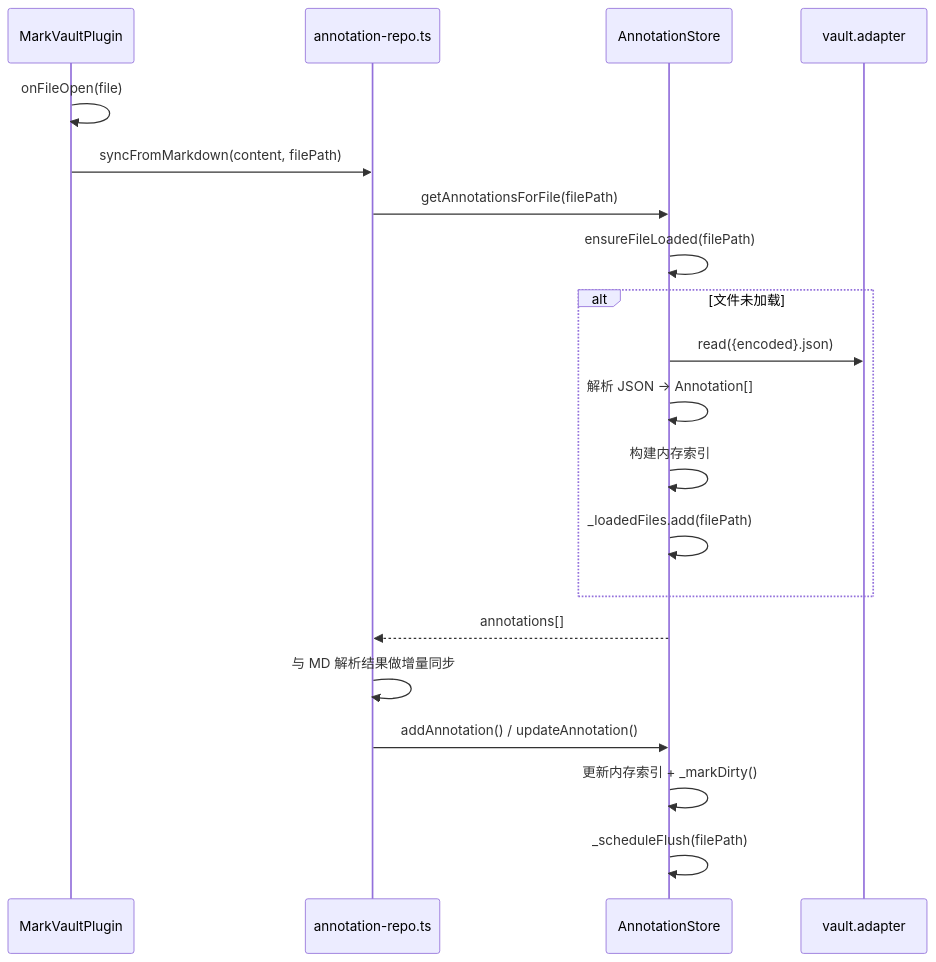
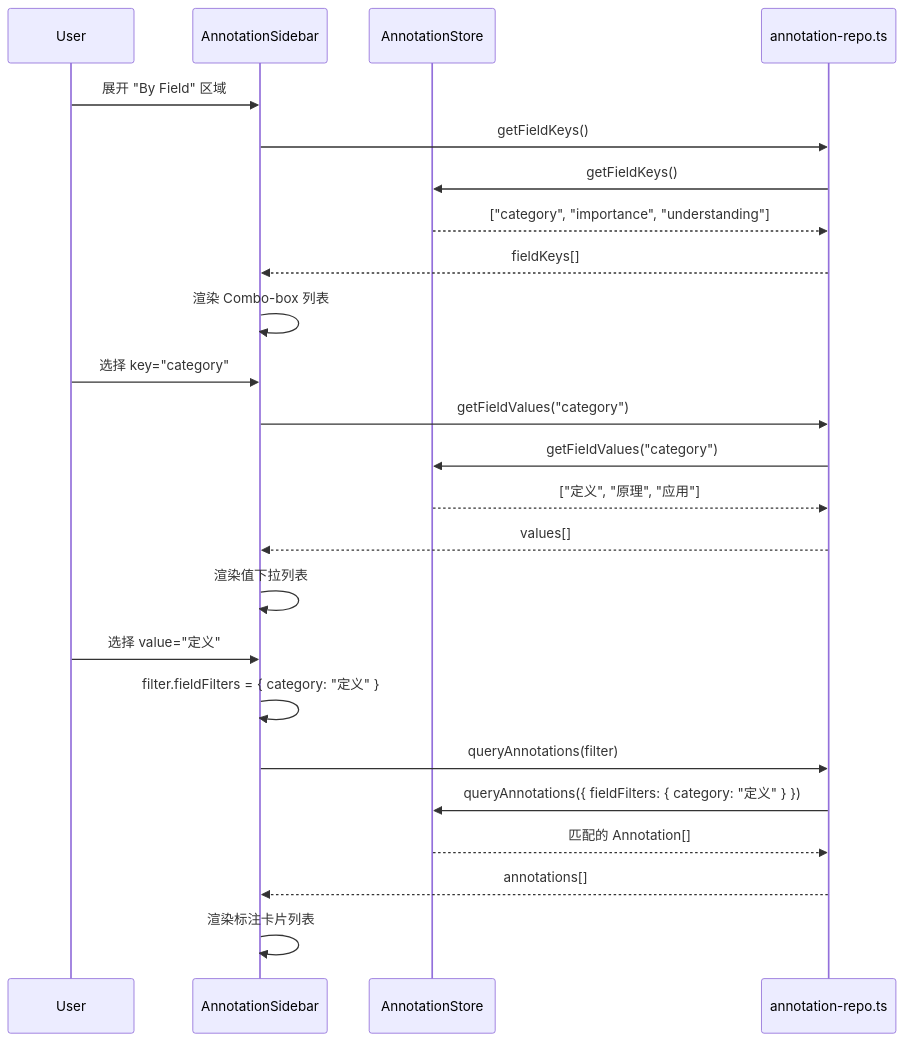
One commit to zc63463-cmyk/obsidian-markvault-js changed the second of 4 diagrams in docs/system_design.md. Above: the diagram before and after it, drawn with Mermaid. The commit also changed other lines of this file and 17 other files, not shown here.

````diff
--- a/docs/system_design.md
+++ b/docs/system_design.md
@@ -577,23 +280,31 @@
 ```mermaid
 sequenceDiagram
-    participant Main as MarkVaultPlugin
+    participant User
+    participant Sidebar as AnnotationSidebar
+    participant Store as AnnotationStore
     participant Repo as annotation-repo.ts
-    participant Store as AnnotationStore
-    participant Adapter as vault.adapter
 
-    Main->>Main: onFileOpen(file)
-    Main->>Repo: syncFromMarkdown(content, filePath)
-    Repo->>Store: getAnnotationsForFile(filePath)
-    Store->>Store: ensureFileLoaded(filePath)
-    alt 文件未加载
-        Store->>Adapter: read({encoded}.json)
-        Store->>Store: 解析 JSON → Annotation[]
-        Store->>Store: 构建内存索引
-        Store->>Store: _loadedFiles.add(filePath)
-    end
-    Store-->>Repo: annotations[]
-    Repo->>Repo: 与 MD 解析结果做增量同步
-    Repo->>Store: addAnnotation() / updateAnnotation()
-    Store->>Store: 更新内存索引 + _markDirty()
-    Store->>Store: _scheduleFlush(filePath)
+    User->>Sidebar: 展开 "By Field" 区域
+    Sidebar->>Repo: getFieldKeys()
+    Repo->>Store: getFieldKeys()
+    Store-->>Repo: ["category", "importance", "understanding"]
+    Repo-->>Sidebar: fieldKeys[]
+
+    Sidebar->>Sidebar: 渲染 Combo-box 列表
+
+    User->>Sidebar: 选择 key="category"
+    Sidebar->>Repo: getFieldValues("category")
+    Repo->>Store: getFieldValues("category")
+    Store-->>Repo: ["定义", "原理", "应用"]
+    Repo-->>Sidebar: values[]
+
+    Sidebar->>Sidebar: 渲染值下拉列表
+
+    User->>Sidebar: 选择 value="定义"
+    Sidebar->>Sidebar: filter.fieldFilters = { category: "定义" }
+    Sidebar->>Repo: queryAnnotations(filter)
+    Repo->>Store: queryAnnotations({ fieldFilters: { category: "定义" } })
+    Store-->>Repo: 匹配的 Annotation[]
+    Repo-->>Sidebar: annotations[]
+    Sidebar->>Sidebar: 渲染标注卡片列表
 ```
````
